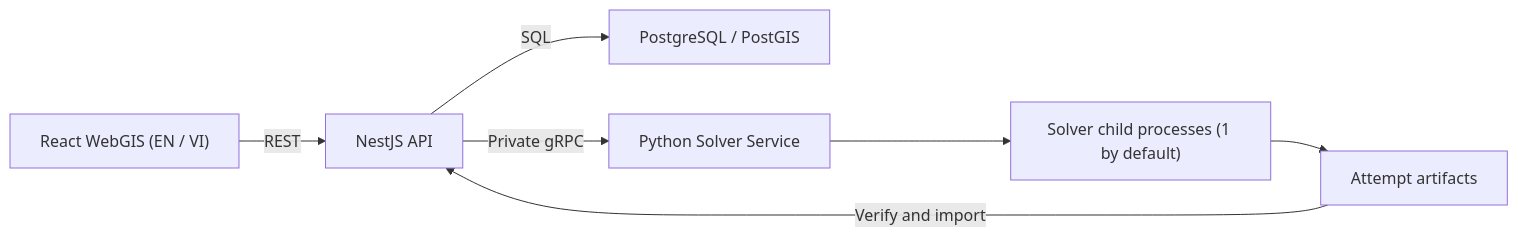
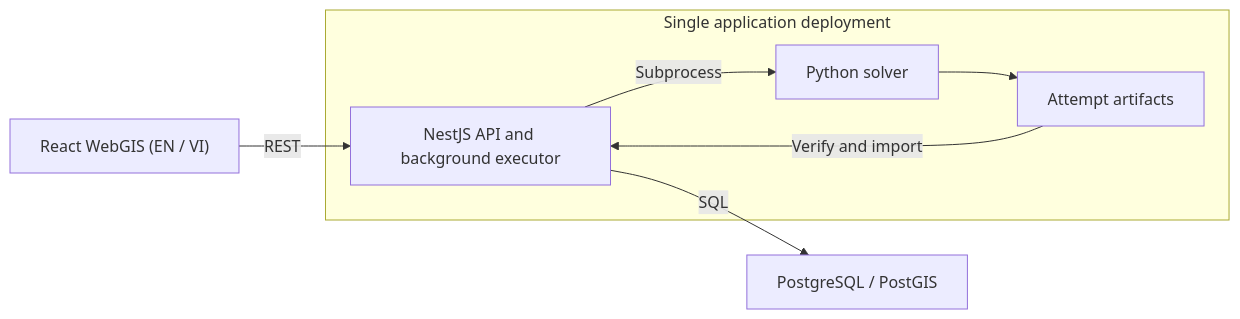
Before and after one commit to TamNgx179/IE402_Voxel-air-dispersion: the first of 5 diagrams in docs/ARCHITECTURE.md, drawn with Mermaid. The commit also changed other lines of this file and 6 other files, not shown here.

Commit message:
docs: align the technical roadmap with the modular monolith

````diff
--- a/docs/ARCHITECTURE.md
+++ b/docs/ARCHITECTURE.md
@@ -7,9 +7,10 @@
 ```mermaid
 flowchart LR
-    Web["React WebGIS (EN / VI)"] -->|REST| Api["NestJS API"]
+    Web["React WebGIS (EN / VI)"] -->|REST| Api
+    subgraph App["Single application deployment"]
+        Api["NestJS API and background executor"] -->|Subprocess| Solver["Python solver"]
+        Solver --> Files["Attempt artifacts"]
+        Files -->|Verify and import| Api
+    end
     Api -->|SQL| DB["PostgreSQL / PostGIS"]
-    Api -->|Private gRPC| Solver["Python Solver Service"]
-    Solver --> Worker["Solver child processes (1 by default)"]
-    Worker --> Files["Attempt artifacts"]
-    Files -->|Verify and import| Api
 ```
````
